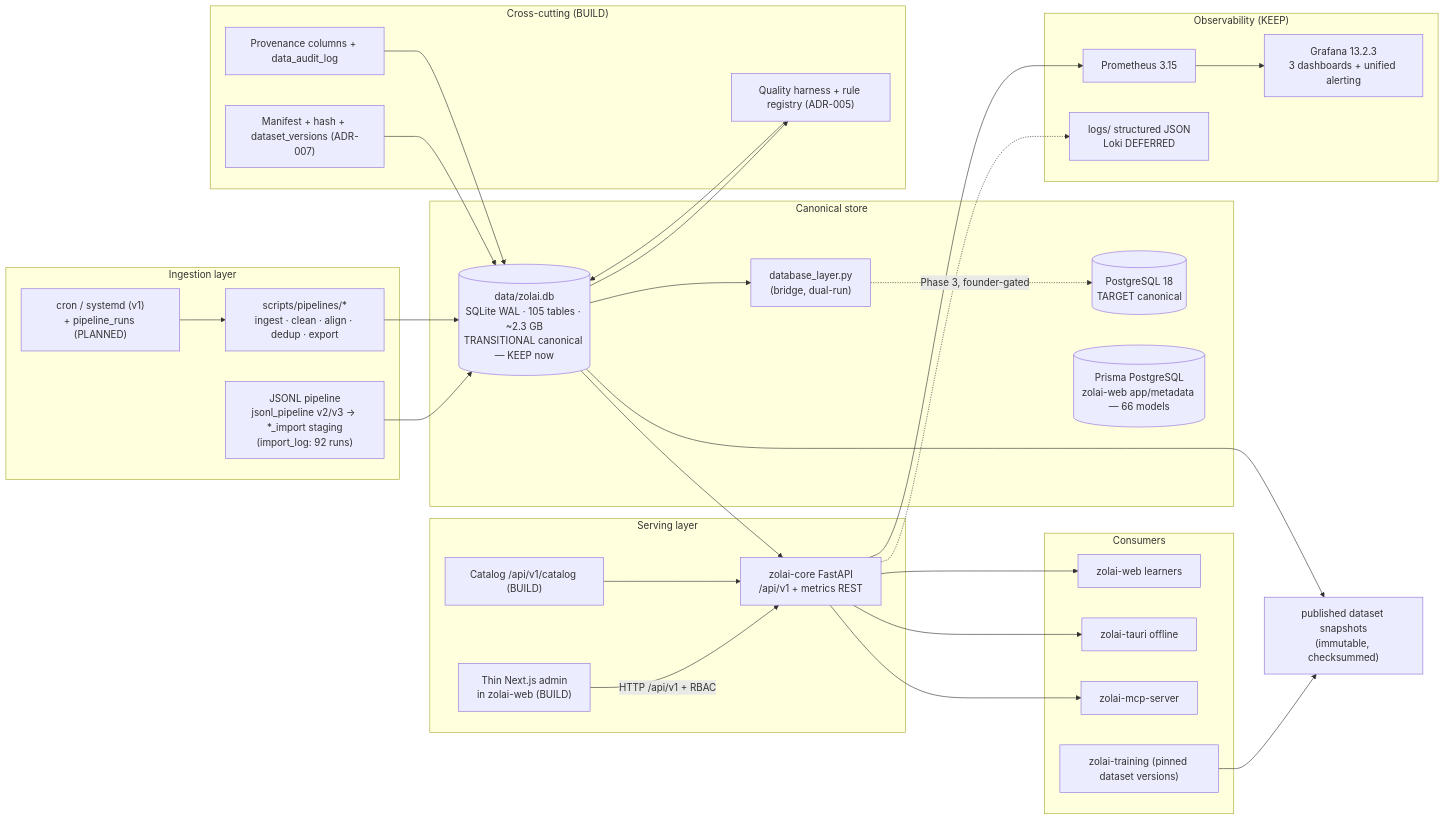
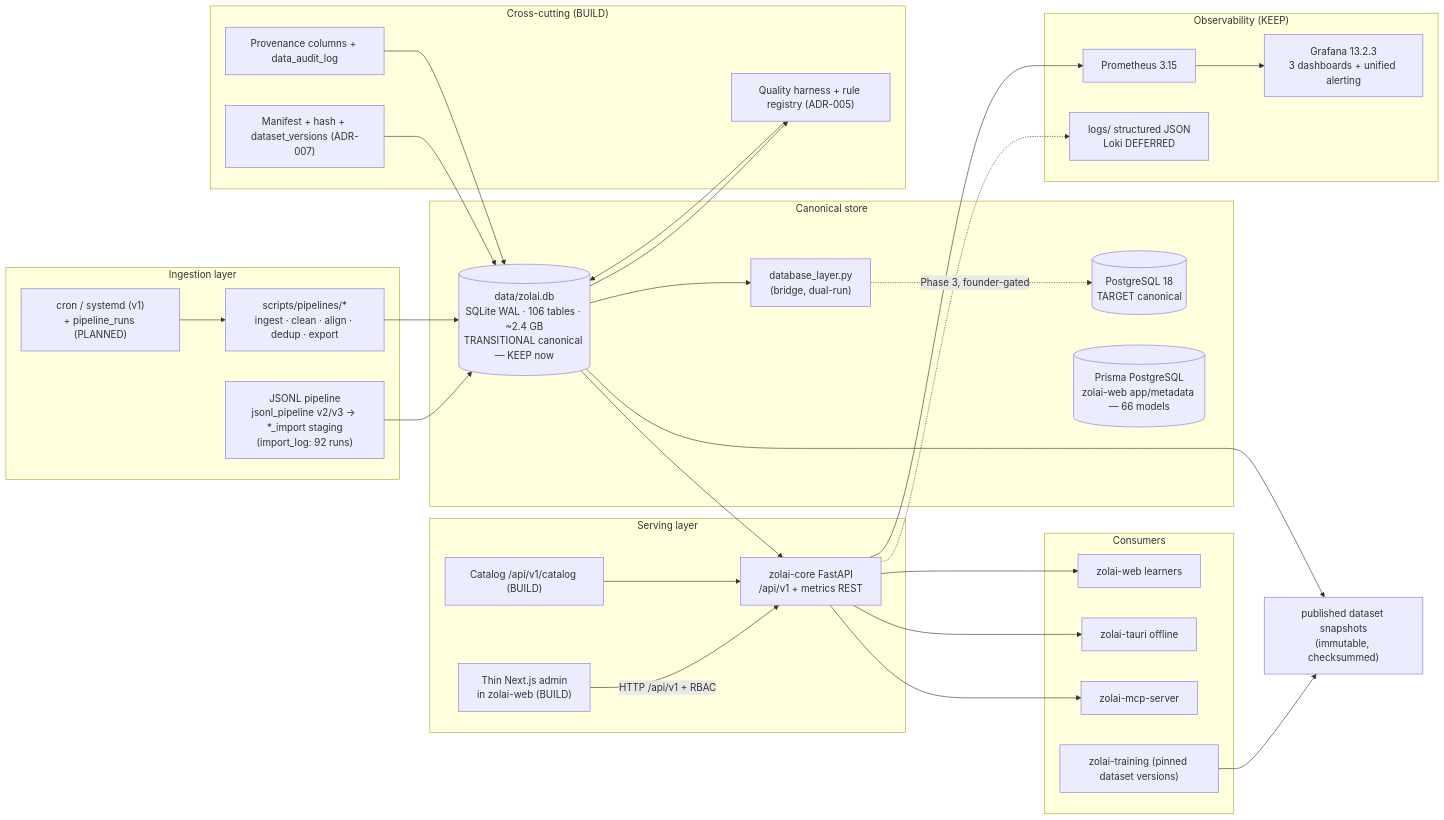
Before and after one commit to Zolai-AI/.github: the second of 2 diagrams in docs/architecture/overview.md, drawn with Mermaid. The commit also changed other lines of this file and 8 other files, not shown here.

````diff
--- a/docs/architecture/overview.md
+++ b/docs/architecture/overview.md
@@ -81,59 +81,59 @@
 ```mermaid
 flowchart LR
   subgraph Ingestion["Ingestion layer"]
     JSONL["JSONL pipeline<br/>jsonl_pipeline v2/v3 → *_import staging<br/>(import_log: 92 runs)"]
     SCRIPTS["scripts/pipelines/*<br/>ingest · clean · align · dedup · export"]
     CRON["cron / systemd (v1)<br/>+ pipeline_runs (PLANNED)"]
     CRON --> SCRIPTS
   end
 
   subgraph Canonical["Canonical store"]
-    DB[("data/zolai.db<br/>SQLite WAL · 105 tables · ~2.3 GB<br/>TRANSITIONAL canonical — KEEP now")]
+    DB[("data/zolai.db<br/>SQLite WAL · 106 tables · ~2.4 GB<br/>TRANSITIONAL canonical — KEEP now")]
     BR["database_layer.py<br/>(bridge, dual-run)"]
     DB --> BR
     BR -.->|"Phase 3, founder-gated"| PG[("PostgreSQL 18<br/>TARGET canonical")]
     PRISMA[("Prisma PostgreSQL<br/>zolai-web app/metadata — 66 models")]
   end
 
   subgraph Serving["Serving layer"]
     API["zolai-core FastAPI<br/>/api/v1 + metrics REST"]
     ADMIN["Thin Next.js admin<br/>in zolai-web (BUILD)"]
     CAT["Catalog /api/v1/catalog (BUILD)"]
   end
 
   subgraph Consumers["Consumers"]
     WEB2["zolai-web learners"]
     TAURI2["zolai-tauri offline"]
     MCP2["zolai-mcp-server"]
     TRAIN["zolai-training (pinned dataset versions)"]
   end
 
   subgraph Observability["Observability (KEEP)"]
     PROM["Prometheus 3.15"]
     GRAF["Grafana 13.2.3<br/>3 dashboards + unified alerting"]
     LOGS["logs/ structured JSON<br/>Loki DEFERRED"]
   end
 
   subgraph Crosscut["Cross-cutting (BUILD)"]
     QUAL["Quality harness + rule registry (ADR-005)"]
     PROV["Provenance columns + data_audit_log"]
     VER["Manifest + hash + dataset_versions (ADR-007)"]
   end
 
   JSONL --> DB
   SCRIPTS --> DB
   DB --> API
   DB --> QUAL
   QUAL --> DB
   VER --> DB
   PROV --> DB
   API --> WEB2
   API --> TAURI2
   API --> MCP2
   ADMIN -->|"HTTP /api/v1 + RBAC"| API
   CAT --> API
   TRAIN --> DS2["published dataset snapshots<br/>(immutable, checksummed)"]
   DB --> DS2
   API --> PROM --> GRAF
   API -.-> LOGS
 ```
````
